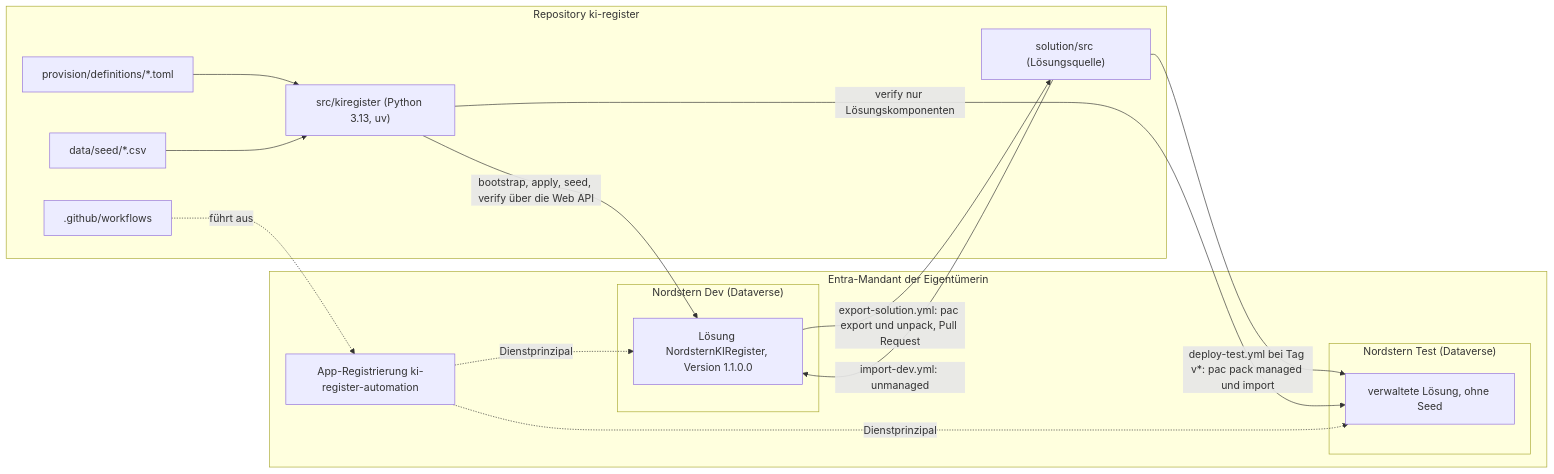
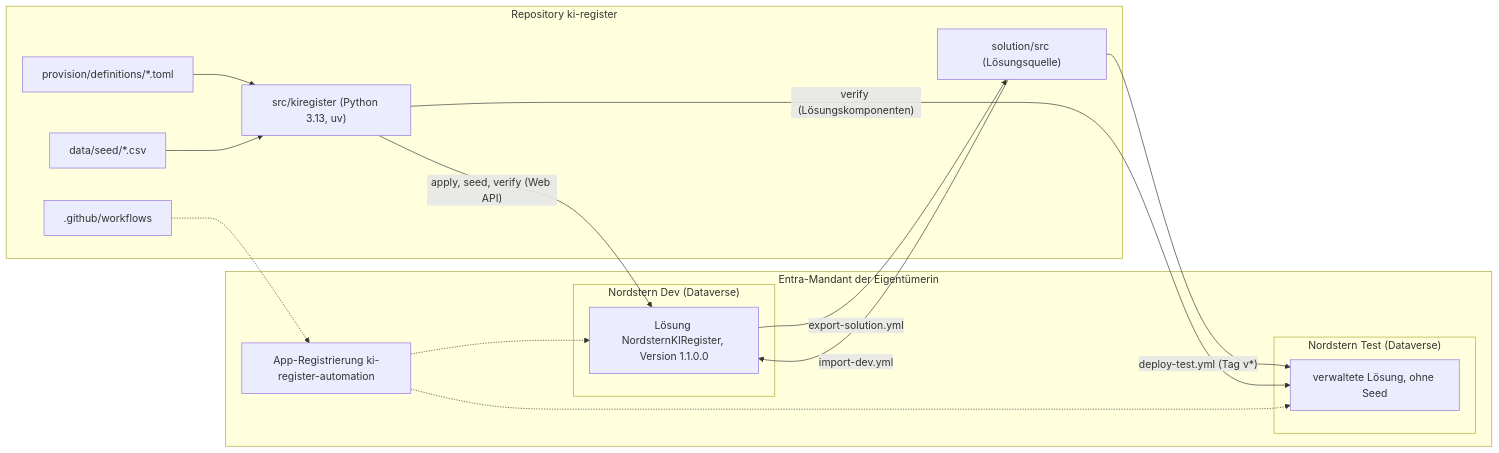
Before and after one commit to HARISPAARTAN/ki-register: the diagram in README.md, drawn with Mermaid. The commit also changed 1 other file, not shown here.

Commit message:
docs: shorter edge labels in the architecture diagrams
The labels of the flowchart in README.md and README.en.md named whole commands and made the diagram wide, so GitHub scaled the text down. The workflows and their effects are in the ALM table.

````diff
--- a/README.md
+++ b/README.md
@@ -15,29 +15,29 @@
 ```mermaid
 flowchart LR
     subgraph Repo["Repository ki-register"]
         defs["provision/definitions/*.toml"]
         pkg["src/kiregister (Python 3.13, uv)"]
         seed["data/seed/*.csv"]
         src["solution/src (Lösungsquelle)"]
         wf[".github/workflows"]
     end
     subgraph Tenant["Entra-Mandant der Eigentümerin"]
         sp["App-Registrierung ki-register-automation"]
         subgraph Dev["Nordstern Dev (Dataverse)"]
             devsol["Lösung NordsternKIRegister, Version 1.1.0.0"]
         end
         subgraph Test["Nordstern Test (Dataverse)"]
             testsol["verwaltete Lösung, ohne Seed"]
         end
     end
     defs --> pkg
     seed --> pkg
-    pkg -->|"bootstrap, apply, seed, verify über die Web API"| devsol
-    devsol -->|"export-solution.yml: pac export und unpack, Pull Request"| src
-    src -->|"import-dev.yml: unmanaged"| devsol
-    src -->|"deploy-test.yml bei Tag v*: pac pack managed und import"| testsol
-    pkg -->|"verify nur Lösungskomponenten"| testsol
-    wf -.->|"führt aus"| sp
-    sp -.->|"Dienstprinzipal"| devsol
-    sp -.->|"Dienstprinzipal"| testsol
+    pkg -->|"apply, seed, verify (Web API)"| devsol
+    devsol -->|"export-solution.yml"| src
+    src -->|"import-dev.yml"| devsol
+    src -->|"deploy-test.yml (Tag v*)"| testsol
+    pkg -->|"verify (Lösungskomponenten)"| testsol
+    wf -.-> sp
+    sp -.-> devsol
+    sp -.-> testsol
 ```
````
